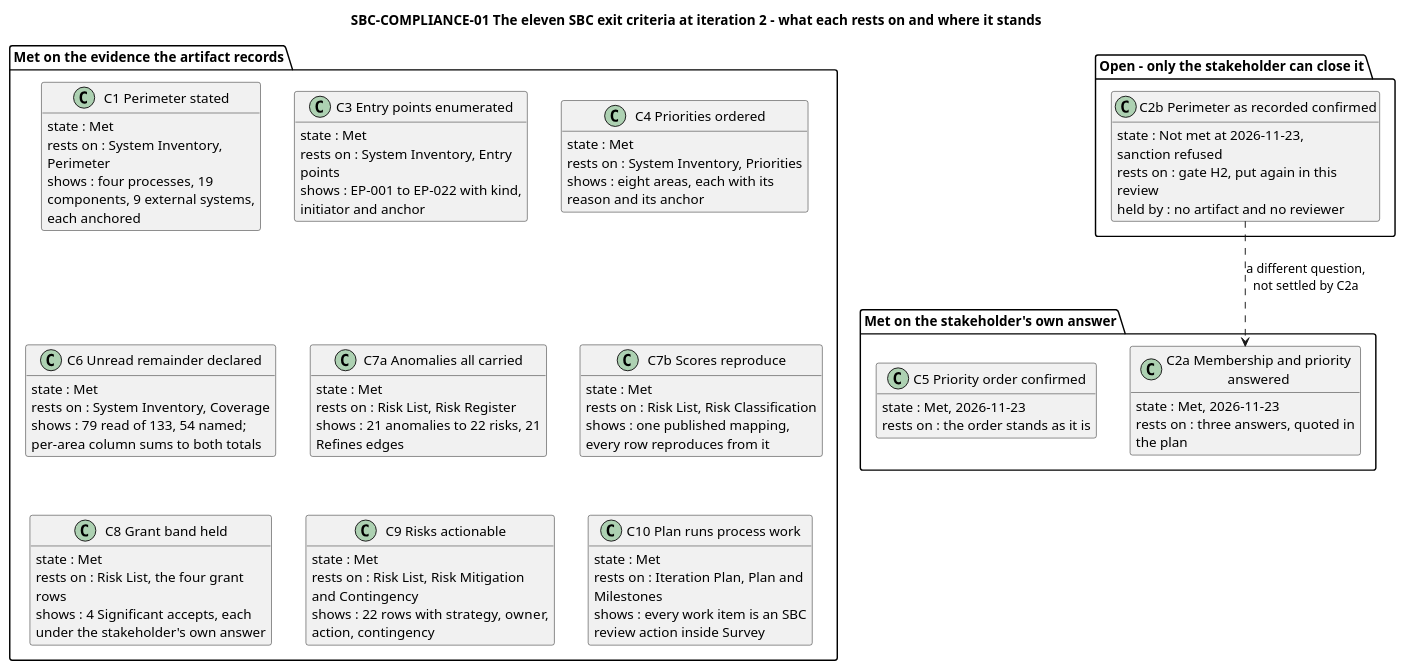
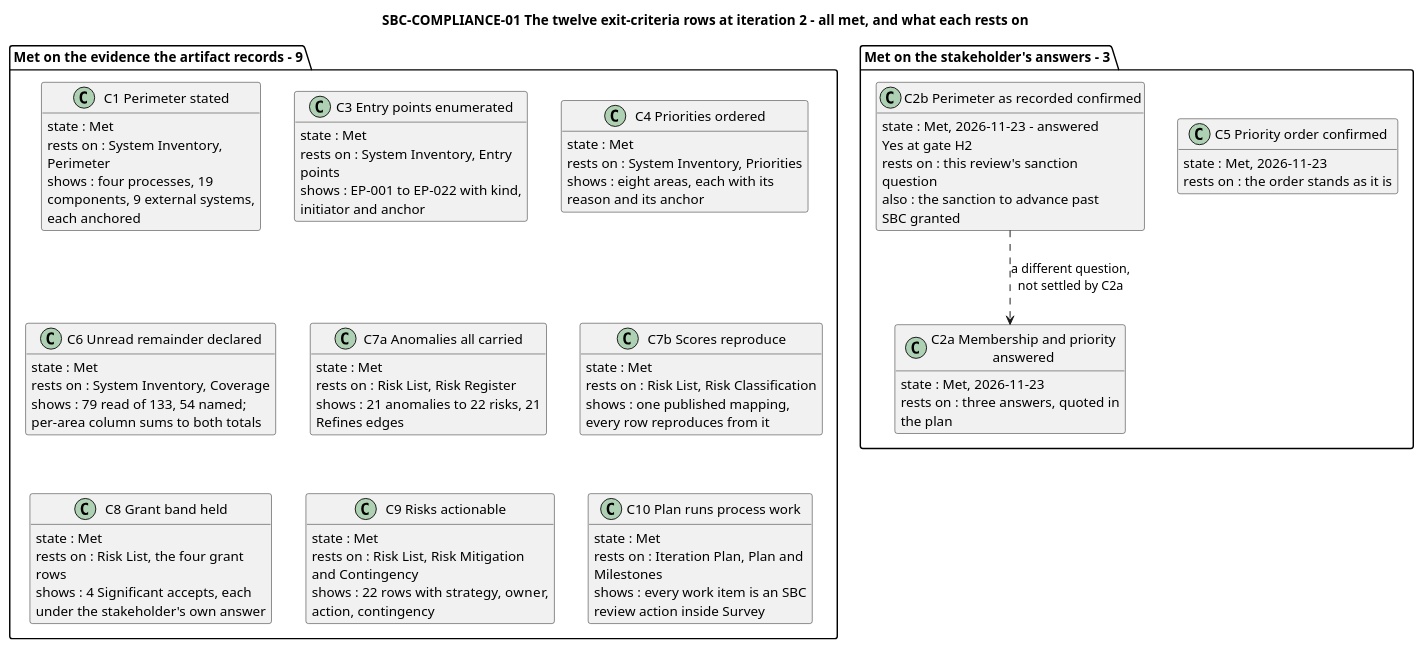
Before and after one commit to banense-test/TodoApp: the second of 13 diagrams in docs/artifacts/project-management/review-record.md, drawn with PlantUML. The commit also changed other lines of this file, not shown here.

First line of the commit message:
Management Reviewer [Survey2]: upsert Review Record

````diff
--- a/docs/artifacts/project-management/review-record.md
+++ b/docs/artifacts/project-management/review-record.md
@@ -142,79 +142,76 @@
 ```plantuml
 @startuml
-title SBC-COMPLIANCE-01 The eleven SBC exit criteria at iteration 2 - what each rests on and where it stands
+title SBC-COMPLIANCE-01 The twelve exit-criteria rows at iteration 2 - all met, and what each rests on
 
 skinparam shadowing false
 skinparam classAttributeIconSize 0
 hide empty members
 skinparam wrapWidth 250
 
-package "Met on the evidence the artifact records" {
+package "Met on the evidence the artifact records - 9" {
   class "C1 Perimeter stated" as C1 {
     state : Met
     rests on : System Inventory, Perimeter
     shows : four processes, 19 components, 9 external systems, each anchored
   }
   class "C3 Entry points enumerated" as C3 {
     state : Met
     rests on : System Inventory, Entry points
     shows : EP-001 to EP-022 with kind, initiator and anchor
   }
   class "C4 Priorities ordered" as C4 {
     state : Met
     rests on : System Inventory, Priorities
     shows : eight areas, each with its reason and its anchor
   }
   class "C6 Unread remainder declared" as C6 {
     state : Met
     rests on : System Inventory, Coverage
     shows : 79 read of 133, 54 named; per-area column sums to both totals
   }
   class "C7a Anomalies all carried" as C7A {
     state : Met
     rests on : Risk List, Risk Register
     shows : 21 anomalies to 22 risks, 21 Refines edges
   }
   class "C7b Scores reproduce" as C7B {
     state : Met
     rests on : Risk List, Risk Classification
     shows : one published mapping, every row reproduces from it
   }
   class "C8 Grant band held" as C8 {
     state : Met
     rests on : Risk List, the four grant rows
     shows : 4 Significant accepts, each under the stakeholder's own answer
   }
   class "C9 Risks actionable" as C9 {
     state : Met
     rests on : Risk List, Risk Mitigation and Contingency
     shows : 22 rows with strategy, owner, action, contingency
   }
   class "C10 Plan runs process work" as C10 {
     state : Met
     rests on : Iteration Plan, Plan and Milestones
     shows : every work item is an SBC review action inside Survey
   }
 }
 
-package "Met on the stakeholder's own answer" {
+package "Met on the stakeholder's answers - 3" {
   class "C2a Membership and priority answered" as C2A {
     state : Met, 2026-11-23
     rests on : three answers, quoted in the plan
   }
   class "C5 Priority order confirmed" as C5 {
     state : Met, 2026-11-23
     rests on : the order stands as it is
   }
-}
-
-package "Open - only the stakeholder can close it" {
   class "C2b Perimeter as recorded confirmed" as C2B {
-    state : Not met at 2026-11-23, sanction refused
-    rests on : gate H2, put again in this review
-    held by : no artifact and no reviewer
+    state : Met, 2026-11-23 - answered Yes at gate H2
+    rests on : this review's sanction question
+    also : the sanction to advance past SBC granted
   }
 }
 
 C2B ..> C2A : a different question,\nnot settled by C2a
 @enduml
 ```
````
